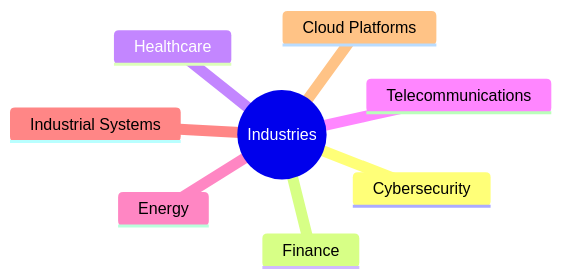
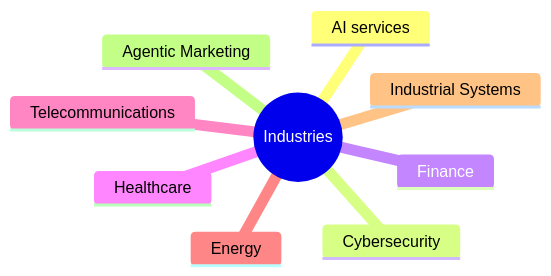
One commit to rdecatri/rdecatri changed the diagram in README.md. Above: the diagram before and after it, drawn with Mermaid.

Commit message:
Update mindmap in README to include Agentic Marketing

````diff
--- a/README.md
+++ b/README.md
@@ -81,11 +81,12 @@
 ```mermaid
 mindmap
   root((Industries))
+    AI services
     Cybersecurity
     Finance
     Healthcare
     Telecommunications
     Energy
     Industrial Systems
-    Cloud Platforms
+    Agentic Marketing
 ```
````
